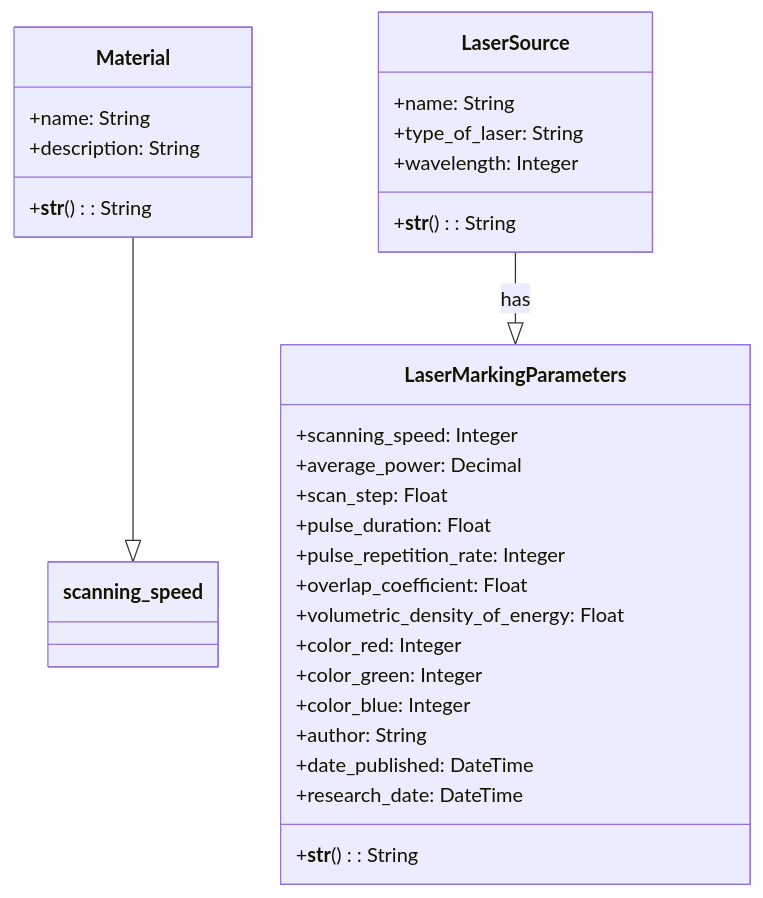
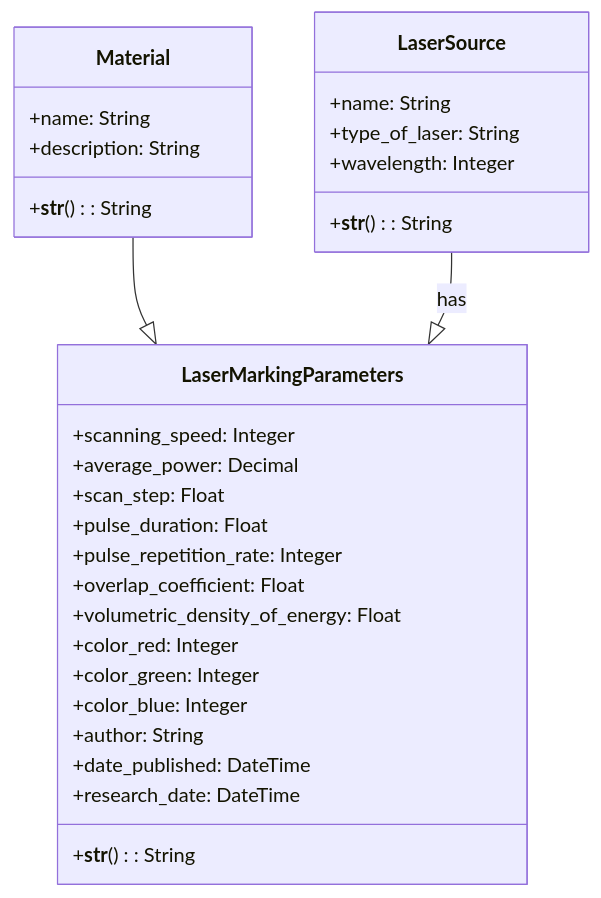
One commit to D-on3/laser_db changed the diagram in README.md. Above: the diagram before and after it, drawn with Mermaid.

````diff
--- a/README.md
+++ b/README.md
@@ -1,36 +1,36 @@
 ```mermaid
 classDiagram
     class Material {
         +name: String
         +description: String
         +__str__(): String
     }
 
     class LaserSource {
         +name: String
         +type_of_laser: String
         +wavelength: Integer
         +__str__(): String
     }
 
     class LaserMarkingParameters {
         +scanning_speed: Integer
         +average_power: Decimal
         +scan_step: Float
         +pulse_duration: Float
         +pulse_repetition_rate: Integer
         +overlap_coefficient: Float
         +volumetric_density_of_energy: Float
         +color_red: Integer
         +color_green: Integer
         +color_blue: Integer
         +author: String
         +date_published: DateTime
         +research_date: DateTime
         +__str__(): String
     }
 
-    Material --|> scanning_speed : 
+    Material --|> LaserMarkingParameters : 
     LaserSource --|> LaserMarkingParameters : has
 
 ```
````
